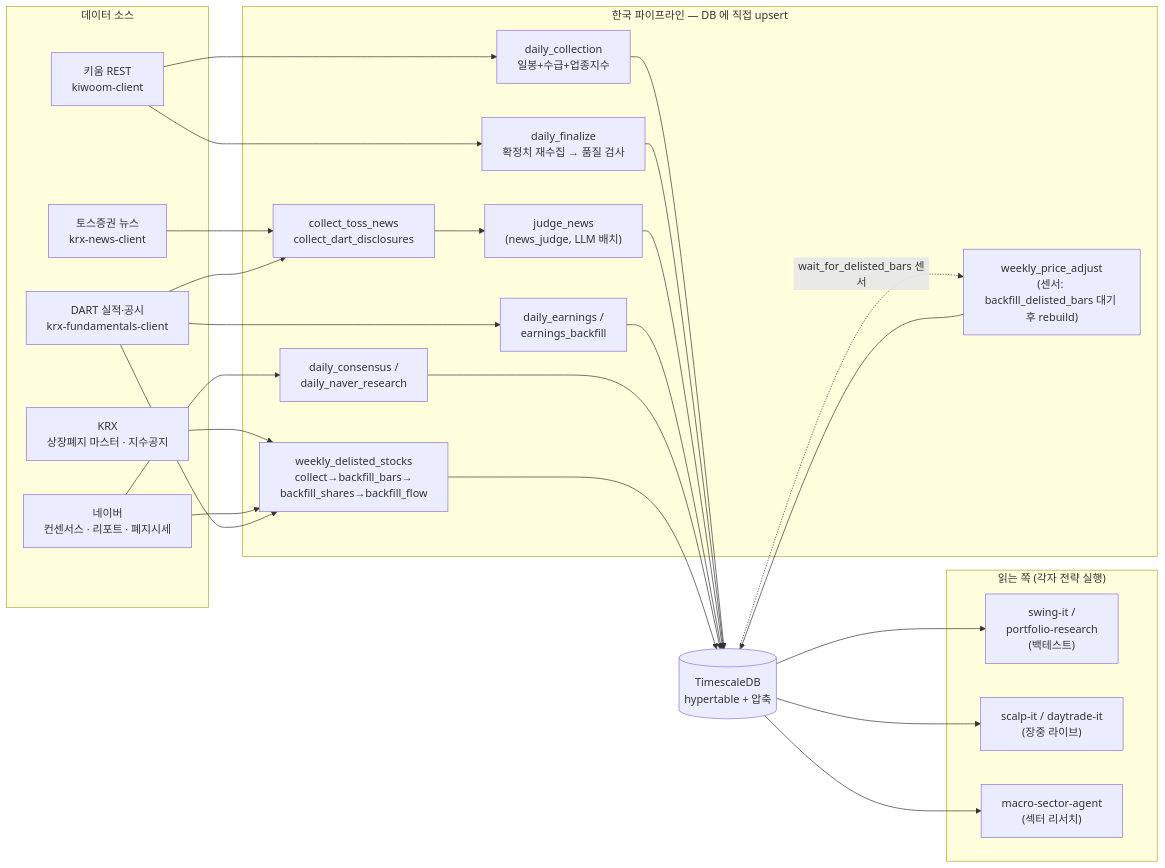
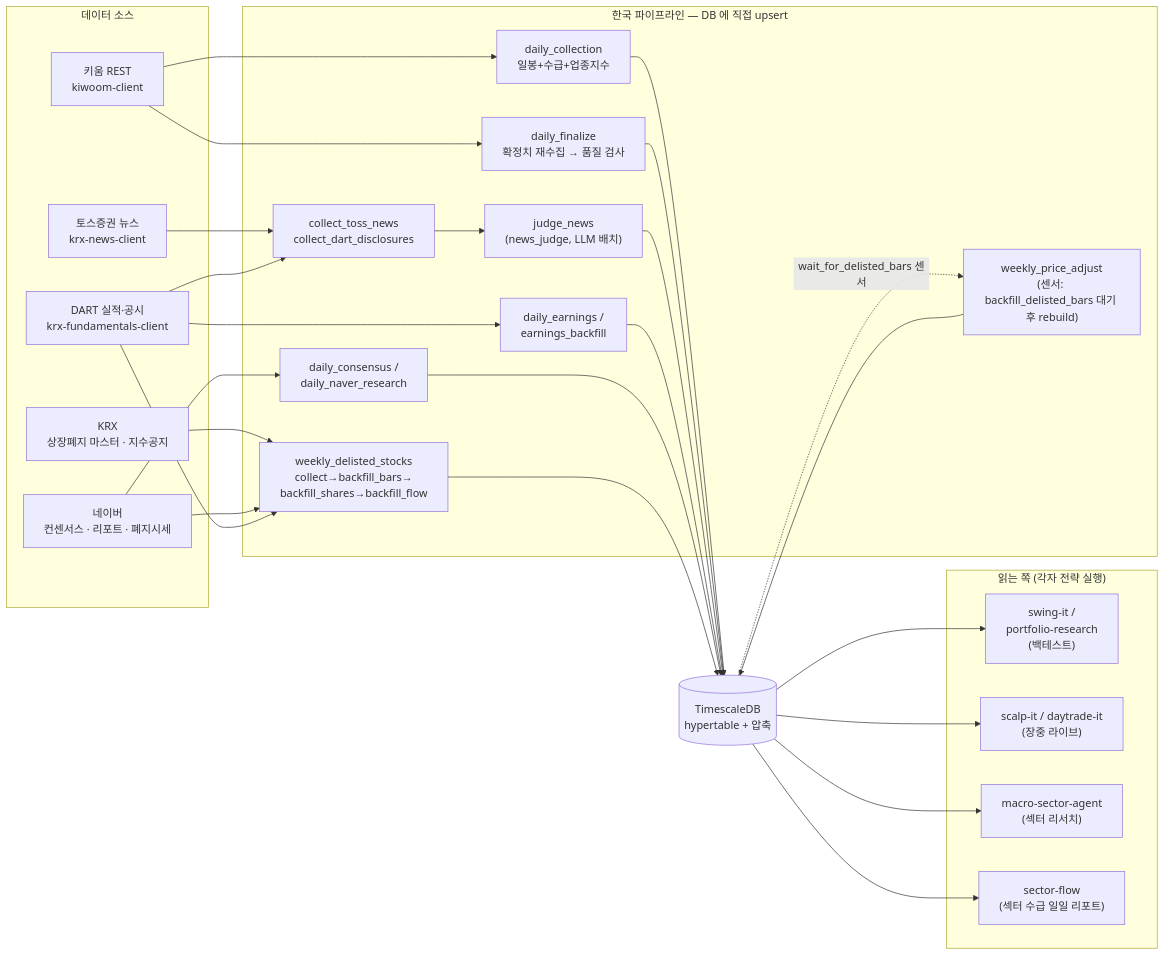
Before and after one commit to younghwan91/quant-airflow: the diagram in README.md, drawn with Mermaid. The commit also changed other lines of this file, not shown here.

````diff
--- a/README.md
+++ b/README.md
@@ -90,44 +91,45 @@
 ```mermaid
 flowchart LR
     subgraph SRC["데이터 소스"]
         KIWOOM["키움 REST<br/>kiwoom-client"]
         DART["DART 실적·공시<br/>krx-fundamentals-client"]
         KRXM["KRX<br/>상장폐지 마스터 · 지수공지"]
         NAVER["네이버<br/>컨센서스 · 리포트 · 폐지시세"]
         TOSS["토스증권 뉴스<br/>krx-news-client"]
     end
 
     subgraph KR["한국 파이프라인 — DB 에 직접 upsert"]
         COL["daily_collection<br/>일봉+수급+업종지수"]
         FIN["daily_finalize<br/>확정치 재수집 → 품질 검사"]
         NEWSCOL["collect_toss_news<br/>collect_dart_disclosures"]
         JUDGE["judge_news<br/>(news_judge, LLM 배치)"]
         EARN["daily_earnings /<br/>earnings_backfill"]
         CONS["daily_consensus /<br/>daily_naver_research"]
         DELIST["weekly_delisted_stocks<br/>collect→backfill_bars→<br/>backfill_shares→backfill_flow"]
         ADJ["weekly_price_adjust<br/>(센서: backfill_delisted_bars 대기 후 rebuild)"]
     end
 
     TS[("TimescaleDB<br/>hypertable + 압축")]
 
     KIWOOM --> COL --> TS
     KIWOOM --> FIN --> TS
     TOSS --> NEWSCOL
     DART --> NEWSCOL
     NEWSCOL --> JUDGE --> TS
     DART --> EARN --> TS
     NAVER --> CONS --> TS
     KRXM --> DELIST
     NAVER --> DELIST
     DART --> DELIST
     DELIST --> TS
     TS -. "wait_for_delisted_bars 센서" .-> ADJ --> TS
 
     subgraph CONSUMER["읽는 쪽 (각자 전략 실행)"]
         SW["swing-it /<br/>portfolio-research<br/>(백테스트)"]
         LIVE["scalp-it / daytrade-it<br/>(장중 라이브)"]
         MACRO["macro-sector-agent<br/>(섹터 리서치)"]
+        FLOW["sector-flow<br/>(섹터 수급 일일 리포트)"]
     end
 
-    TS --> SW & LIVE & MACRO
+    TS --> SW & LIVE & MACRO & FLOW
 ```
````
